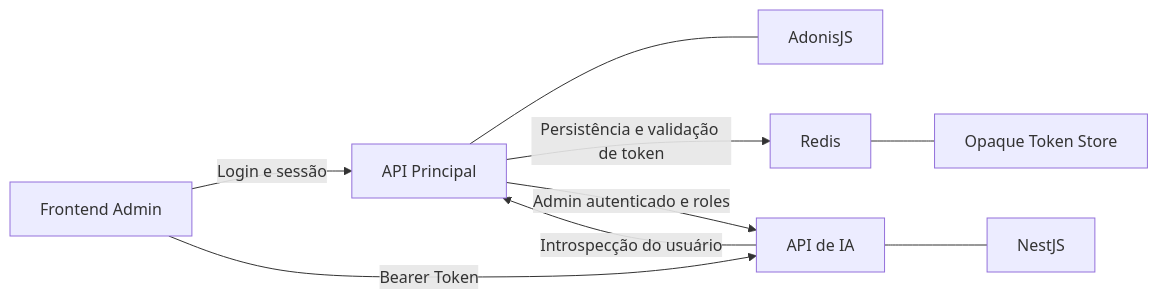
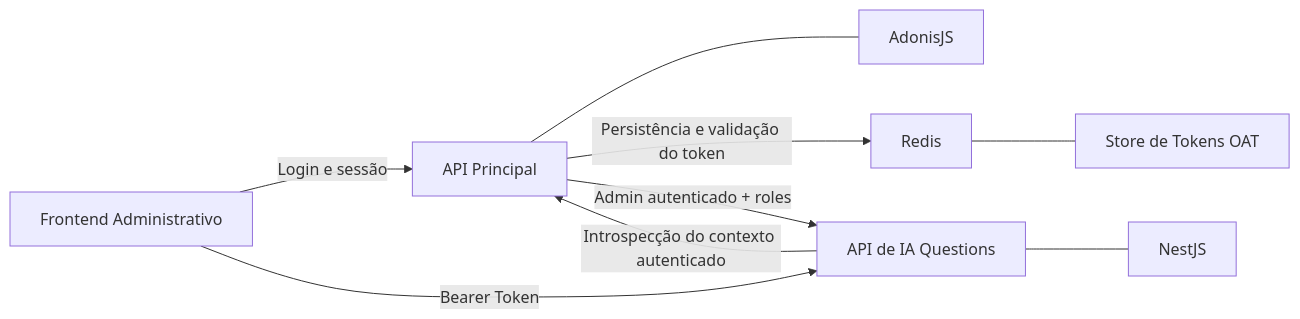
One commit to matheusdiamantino-betalent/IA changed the first of 8 diagrams in RFC-0001-Auth.md. Above: the diagram before and after it, drawn with Mermaid. The commit also changed other lines of this file, not shown here.

````diff
--- a/RFC-0001-Auth.md
+++ b/RFC-0001-Auth.md
@@ -171,20 +253,20 @@
 ```mermaid
 flowchart LR
-    FE[Frontend Admin]
+    FE[Frontend Administrativo]
     AP[API Principal]
     APS[AdonisJS]
     RD[Redis]
-    RDS[Opaque Token Store]
-    IA[API de IA]
+    RDS[Store de Tokens OAT]
+    IA[API de IA Questions]
     IAS[NestJS]
 
     AP --- APS
     RD --- RDS
     IA --- IAS
 
     FE -->|Login e sessão| AP
-    AP -->|Persistência e validação de token| RD
+    AP -->|Persistência e validação do token| RD
     FE -->|Bearer Token| IA
-    IA -->|Introspecção do usuário| AP
-    AP -->|Admin autenticado e roles| IA
+    IA -->|Introspecção do contexto autenticado| AP
+    AP -->|Admin autenticado + roles| IA
 ```
````
